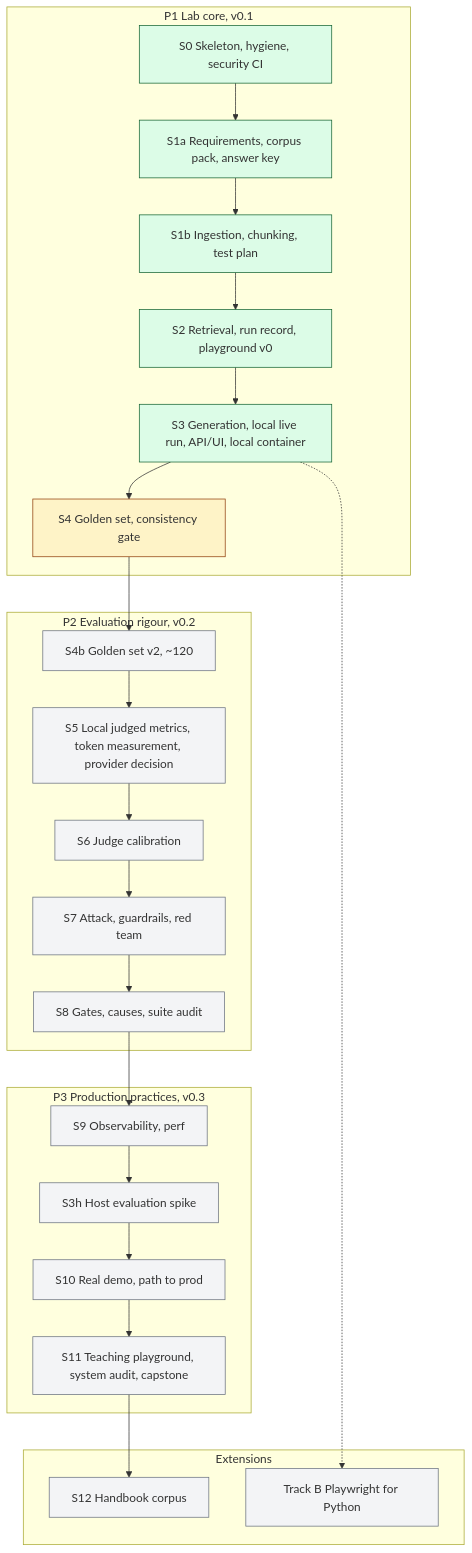
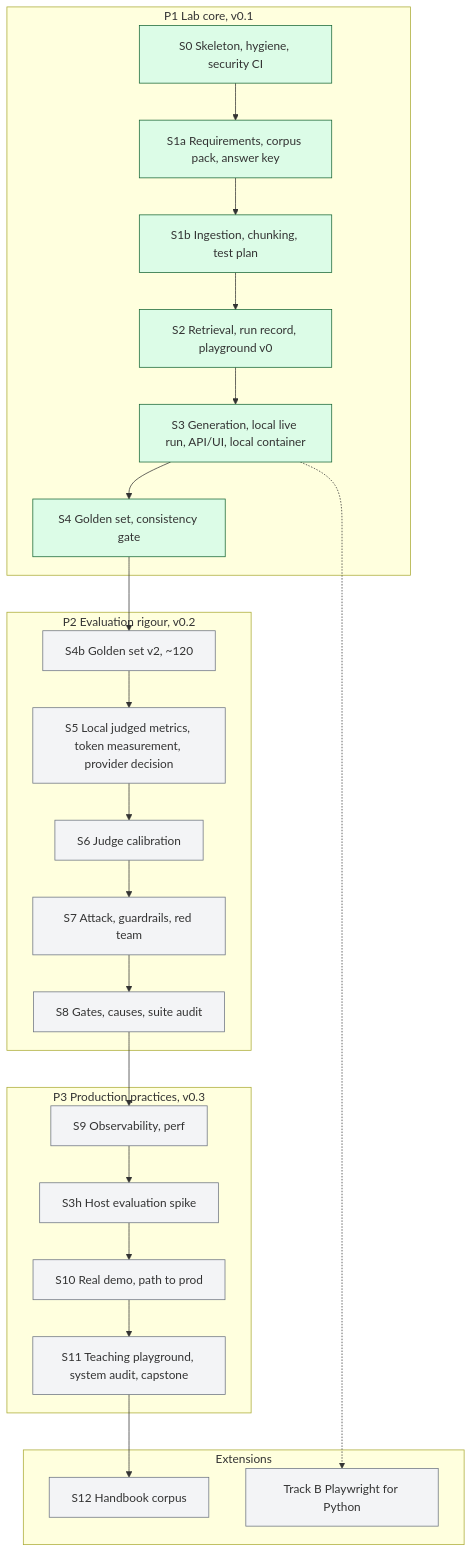
One commit to willcoliveira/ai-testing-rag-lab changed the diagram in README.md. Above: the diagram before and after it, drawn with Mermaid. The commit also changed other lines of this file and 5 other files, not shown here.

````diff
--- a/README.md
+++ b/README.md
@@ -23,26 +23,25 @@
 ```mermaid
 flowchart TB
   subgraph P1[P1 Lab core, v0.1]
     S0[S0 Skeleton, hygiene, security CI] --> S1a[S1a Requirements, corpus pack, answer key] --> S1b[S1b Ingestion, chunking, test plan] --> S2[S2 Retrieval, run record, playground v0] --> S3[S3 Generation, local live run, API/UI, local container] --> S4[S4 Golden set, consistency gate]
   end
   subgraph P2[P2 Evaluation rigour, v0.2]
     S4b[S4b Golden set v2, ~120] --> S5[S5 Local judged metrics, token measurement, provider decision] --> S6[S6 Judge calibration] --> S7[S7 Attack, guardrails, red team] --> S8[S8 Gates, causes, suite audit]
   end
   subgraph P3[P3 Production practices, v0.3]
     S9[S9 Observability, perf] --> S3h[S3h Host evaluation spike] --> S10[S10 Real demo, path to prod] --> S11[S11 Teaching playground, system audit, capstone]
   end
   subgraph EXT[Extensions]
     S12[S12 Handbook corpus]
     B[Track B Playwright for Python]
   end
   S4 --> S4b
   S8 --> S9
   S11 --> S12
   S3 -.-> B
   classDef todo fill:#f3f4f6,stroke:#6b7280
   classDef wip fill:#fef3c7,stroke:#92400e
   classDef done fill:#dcfce7,stroke:#166534
-  class S0,S1a,S1b,S2,S3 done
-  class S4 wip
+  class S0,S1a,S1b,S2,S3,S4 done
   class S3h,S4b,S5,S6,S7,S8,S9,S10,S11,S12,B todo
 ```
````
